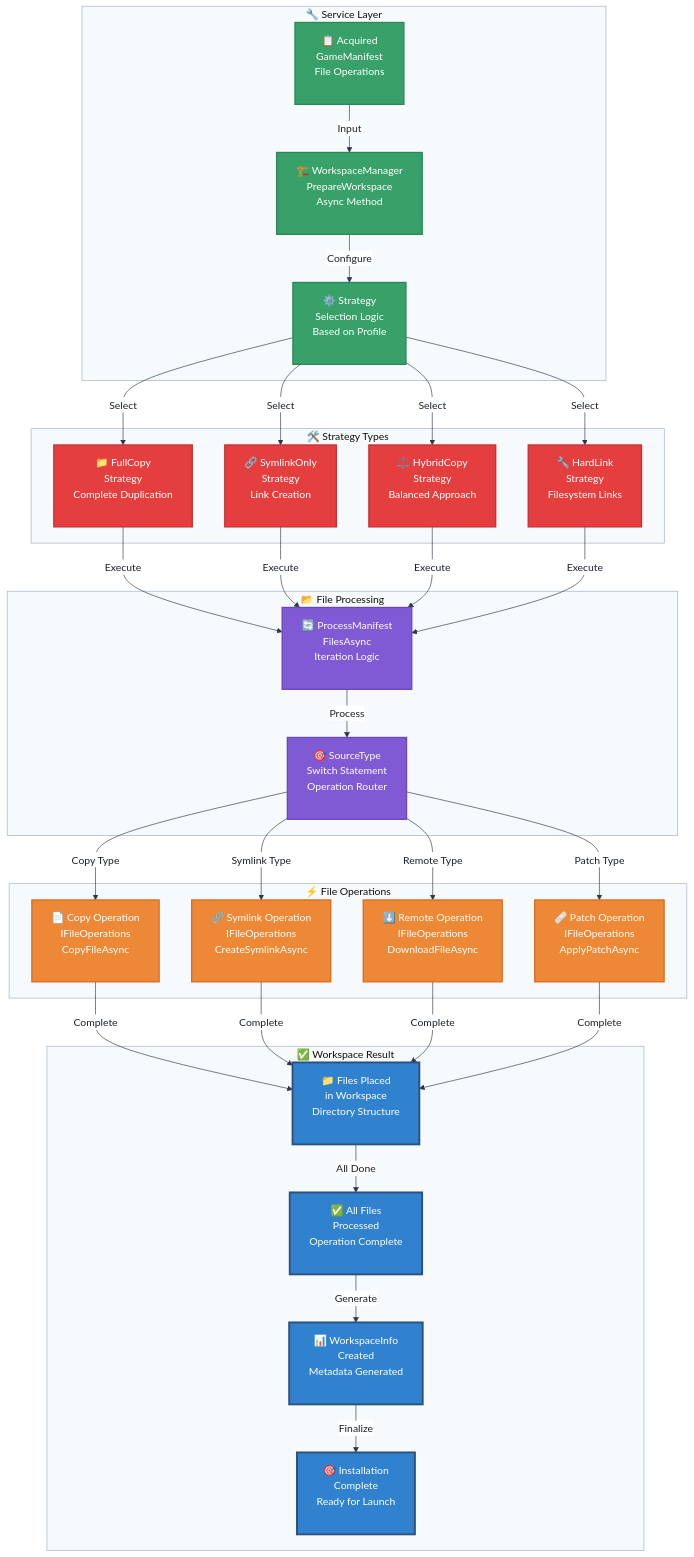
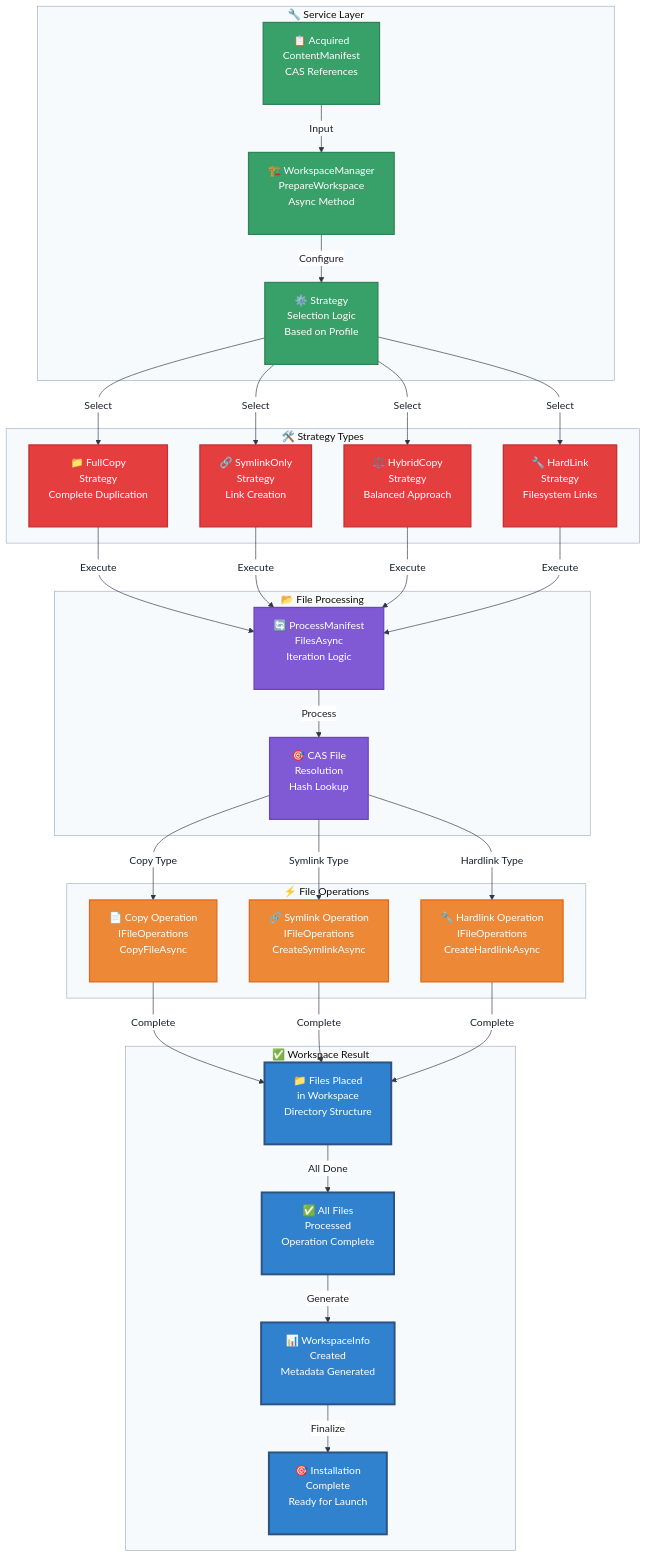
Before and after one commit to community-outpost/GenHub: the diagram in docs/FlowCharts/Assembly-Flow.md, drawn with Mermaid. The commit also changed other lines of this file and 65 other files, not shown here.

````diff
--- a/docs/FlowCharts/Assembly-Flow.md
+++ b/docs/FlowCharts/Assembly-Flow.md
@@ -24,7 +24,7 @@
 
 graph TB
     subgraph SL ["🔧 Service Layer"]
-        A["📋 Acquired<br/>GameManifest<br/>File Operations
+        A["📋 Acquired<br/>ContentManifest<br/>CAS References
 <br>"]
         B["🏗️ WorkspaceManager<br/>PrepareWorkspace<br/>Async Method
 <br>"]
@@ -46,7 +46,7 @@
     subgraph FP ["📂 File Processing"]
         E1["🔄 ProcessManifest<br/>FilesAsync<br/>Iteration Logic
 <br>"]
-        E2["🎯 SourceType<br/>Switch Statement<br/>Operation Router
+        E2["🎯 CAS File<br/>Resolution<br/>Hash Lookup
 <br>"]
     end
 
@@ -55,9 +55,7 @@
 <br>"]
         F2["🔗 Symlink Operation<br/>IFileOperations<br/>CreateSymlinkAsync
 <br>"]
-        F3["⬇️ Remote Operation<br/>IFileOperations<br/>DownloadFileAsync
-<br>"]
-        F4["🩹 Patch Operation<br/>IFileOperations<br/>ApplyPatchAsync
+        F3["🔧 Hardlink Operation<br/>IFileOperations<br/>CreateHardlinkAsync
 <br>"]
     end
 
@@ -89,13 +87,11 @@
 
     E2 -->|Copy Type| F1
     E2 -->|Symlink Type| F2
-    E2 -->|Remote Type| F3
-    E2 -->|Patch Type| F4
+    E2 -->|Hardlink Type| F3
 
     F1 -->|Complete| G
     F2 -->|Complete| G
     F3 -->|Complete| G
-    F4 -->|Complete| G
 
     G -->|All Done| H
     H -->|Generate| I
@@ -110,6 +106,6 @@
     class A,B,C service
     class D1,D2,D3,D4 strategy
     class E1,E2 processing
-    class F1,F2,F3,F4 operations
+    class F1,F2,F3 operations
     class G,H,I,J result
 ```
````
